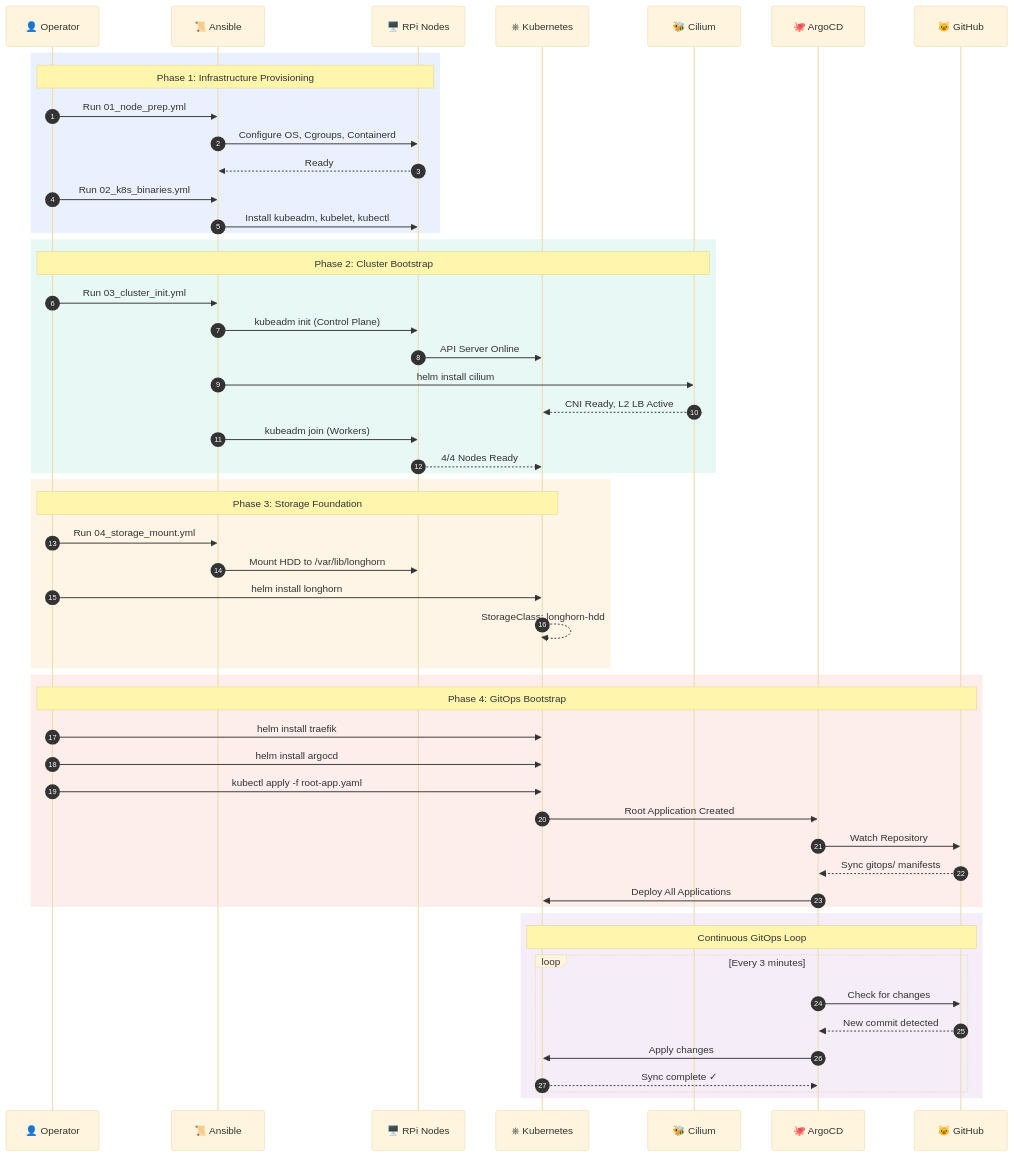
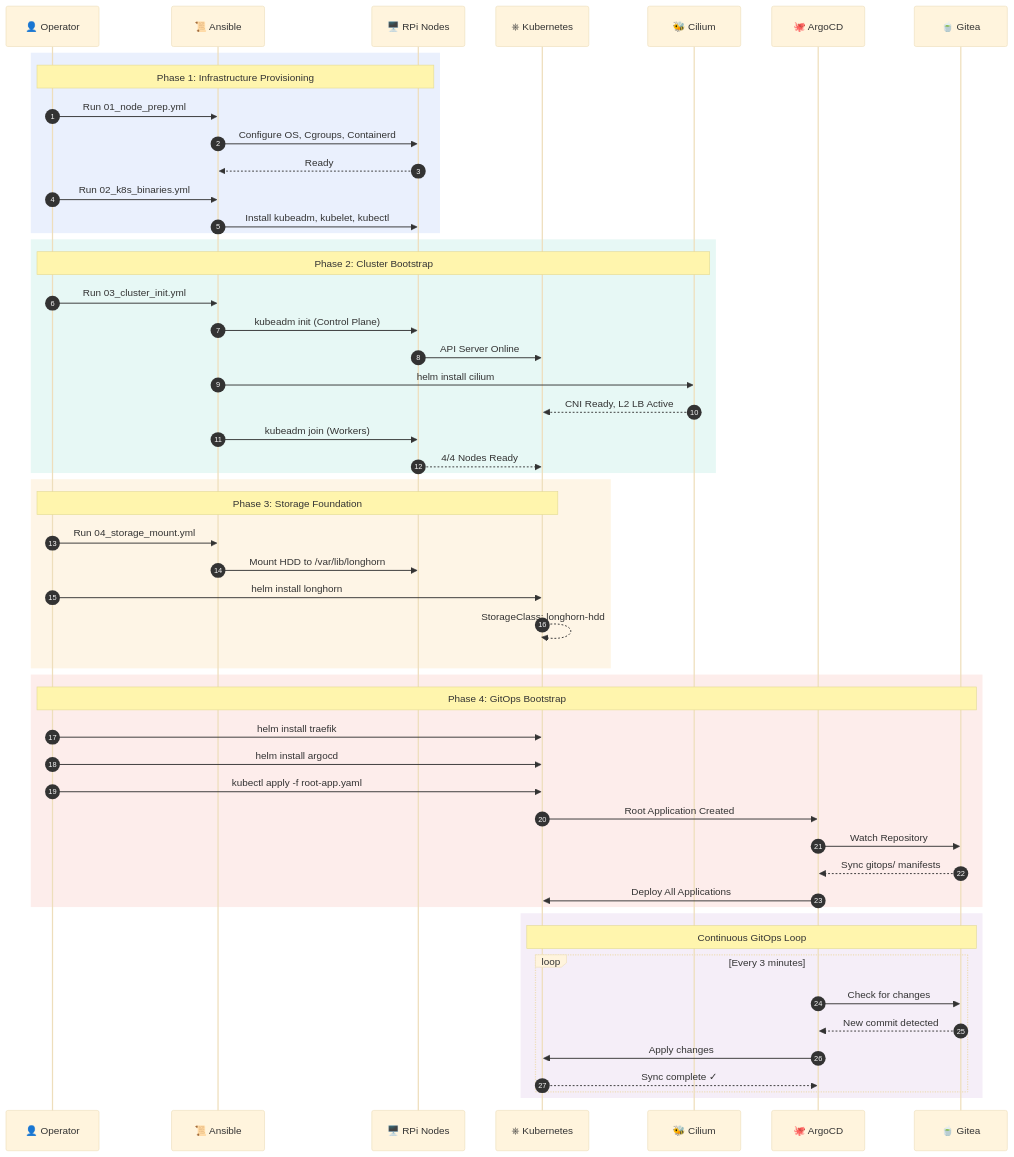
The second of 3 diagrams in README.md (liviux/Kubernetes-on-Raspberry-Pi-kubeadm-and-GitOps-Guide), drawn with Mermaid before and after one commit. The commit also changed other lines of this file, not shown here.

Commit message:
Update README to replace GitHub references with Gitea for GitOps

````diff
--- a/README.md
+++ b/README.md
@@ -310,61 +310,61 @@
 ```mermaid
 %%{init: {'theme': 'base'}}%%
 sequenceDiagram
     autonumber
     participant User as 👤 Operator
     participant Ansible as 📜 Ansible
     participant Nodes as 🖥️ RPi Nodes
     participant K8s as ⎈ Kubernetes
     participant Cilium as 🐝 Cilium
     participant ArgoCD as 🐙 ArgoCD
-    participant GitHub as 🐱 GitHub
+    participant Gitea as 🍵 Gitea
 
     rect rgb(50, 108, 229, 0.1)
         Note over User,Nodes: Phase 1: Infrastructure Provisioning
         User->>Ansible: Run 01_node_prep.yml
         Ansible->>Nodes: Configure OS, Cgroups, Containerd
         Nodes-->>Ansible: Ready
         User->>Ansible: Run 02_k8s_binaries.yml
         Ansible->>Nodes: Install kubeadm, kubelet, kubectl
     end
 
     rect rgb(26, 188, 156, 0.1)
         Note over User,Cilium: Phase 2: Cluster Bootstrap
         User->>Ansible: Run 03_cluster_init.yml
         Ansible->>Nodes: kubeadm init (Control Plane)
         Nodes->>K8s: API Server Online
         Ansible->>Cilium: helm install cilium
         Cilium-->>K8s: CNI Ready, L2 LB Active
         Ansible->>Nodes: kubeadm join (Workers)
         Nodes-->>K8s: 4/4 Nodes Ready
     end
 
     rect rgb(243, 156, 18, 0.1)
         Note over User,K8s: Phase 3: Storage Foundation
         User->>Ansible: Run 04_storage_mount.yml
         Ansible->>Nodes: Mount HDD to /var/lib/longhorn
         User->>K8s: helm install longhorn
         K8s-->>K8s: StorageClass: longhorn-hdd
     end
 
     rect rgb(231, 76, 60, 0.1)
-        Note over User,GitHub: Phase 4: GitOps Bootstrap
+        Note over User,Gitea: Phase 4: GitOps Bootstrap
         User->>K8s: helm install traefik
         User->>K8s: helm install argocd
         User->>K8s: kubectl apply -f root-app.yaml
         K8s->>ArgoCD: Root Application Created
-        ArgoCD->>GitHub: Watch Repository
-        GitHub-->>ArgoCD: Sync gitops/ manifests
+        ArgoCD->>Gitea: Watch Repository
+        Gitea-->>ArgoCD: Sync gitops/ manifests
         ArgoCD->>K8s: Deploy All Applications
     end
 
     rect rgb(155, 89, 182, 0.1)
-        Note over GitHub,K8s: Continuous GitOps Loop
+        Note over Gitea,K8s: Continuous GitOps Loop
         loop Every 3 minutes
-            ArgoCD->>GitHub: Check for changes
-            GitHub-->>ArgoCD: New commit detected
+            ArgoCD->>Gitea: Check for changes
+            Gitea-->>ArgoCD: New commit detected
             ArgoCD->>K8s: Apply changes
             K8s-->>ArgoCD: Sync complete ✓
         end
     end
 ```
````
